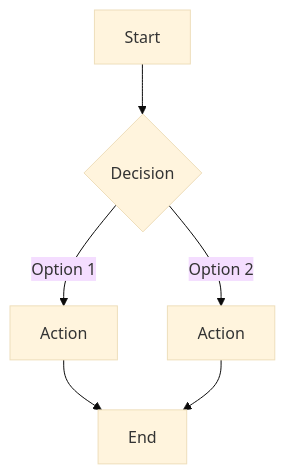
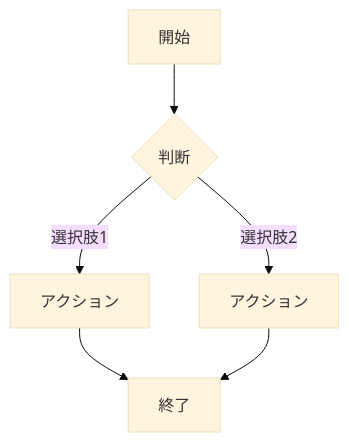
The second of 2 diagrams in plugins/spec-plugin/skills/feature-spec/assets/templates/prd.md (DIO0550/d-market), drawn with Mermaid (base theme) before and after one commit. The commit also changed other lines of this file and 16 other files, not shown here.

````diff
--- a/plugins/spec-plugin/skills/feature-spec/assets/templates/prd.md
+++ b/plugins/spec-plugin/skills/feature-spec/assets/templates/prd.md
@@ -89,8 +89,8 @@
 ```mermaid
 flowchart TD
-    A[Start] --> B{Decision}
-    B -->|Option 1| C[Action]
-    B -->|Option 2| D[Action]
-    C --> E[End]
+    A[開始] --> B{判断}
+    B -->|選択肢1| C[アクション]
+    B -->|選択肢2| D[アクション]
+    C --> E[終了]
     D --> E
 ```
````
